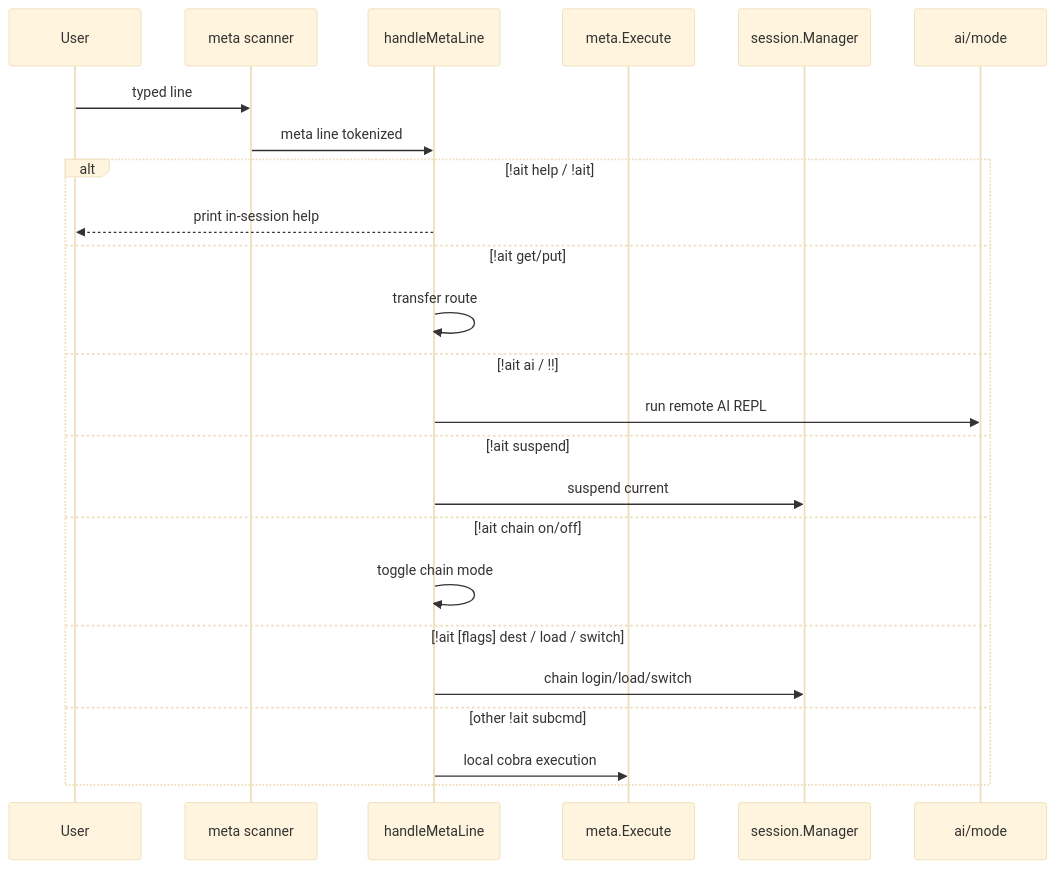
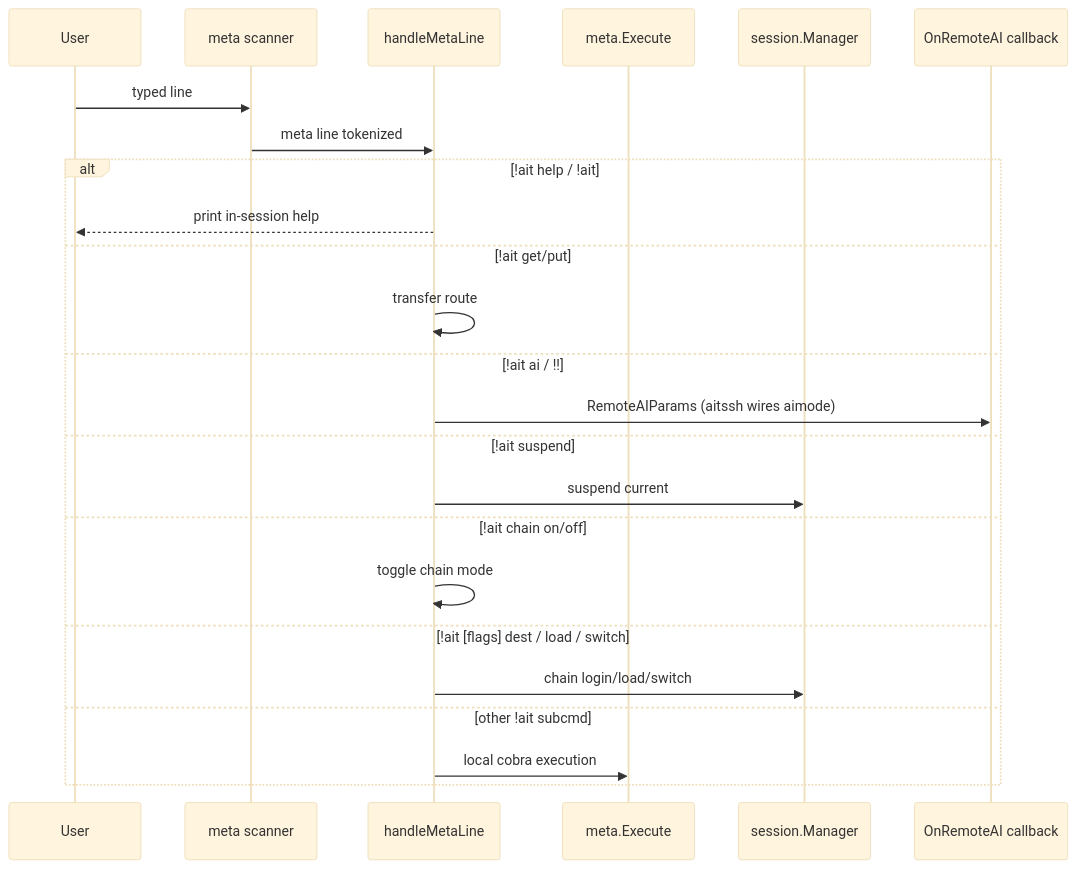
Before and after one commit to os-artificer/AiT: the seventh of 12 diagrams in docs/tools/aitssh-internals.md, drawn with Mermaid (base theme). The commit also changed other lines of this file and 98 other files, not shown here.

````diff
--- a/docs/tools/aitssh-internals.md
+++ b/docs/tools/aitssh-internals.md
@@ -415,27 +415,27 @@
 ```mermaid
 sequenceDiagram
   participant User
   participant Scanner as meta scanner
   participant Handler as handleMetaLine
   participant Meta as meta.Execute
   participant Mgr as session.Manager
-  participant AI as ai/mode
+  participant AI as OnRemoteAI callback
 
   User->>Scanner: typed line
   Scanner->>Handler: meta line tokenized
   alt !ait help / !ait
     Handler-->>User: print in-session help
   else !ait get/put
     Handler->>Handler: transfer route
   else !ait ai / !!
-    Handler->>AI: run remote AI REPL
+    Handler->>AI: RemoteAIParams (aitssh wires aimode)
   else !ait suspend
     Handler->>Mgr: suspend current
   else !ait chain on/off
     Handler->>Handler: toggle chain mode
   else !ait [flags] dest / load / switch
     Handler->>Mgr: chain login/load/switch
   else other !ait subcmd
     Handler->>Meta: local cobra execution
   end
 ```
````
